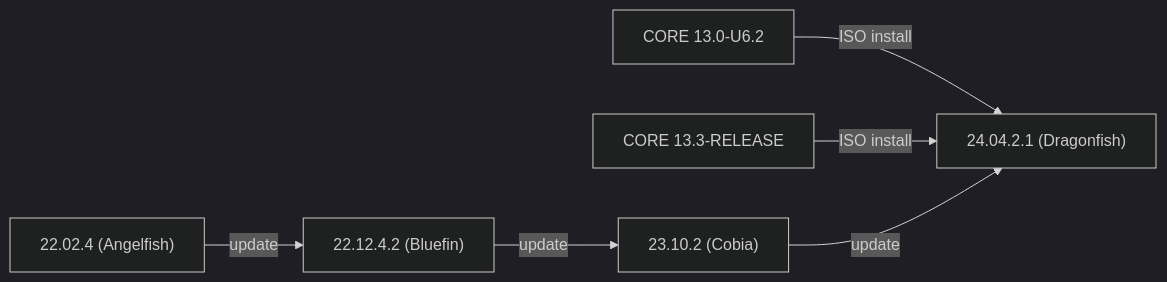
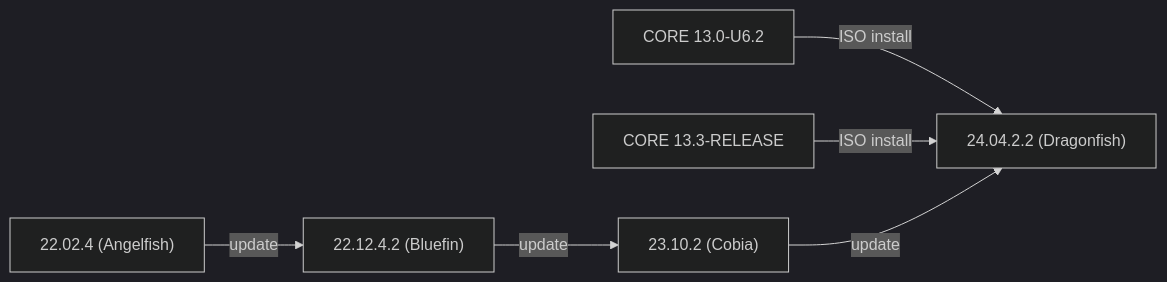
Before and after one commit to truenas/documentation: the first of 2 diagrams in static/includes/SCALEUpgradePaths.md, drawn with Mermaid (dark theme). The commit also changed other lines of this file and 3 other files, not shown here.

```diff
--- a/static/includes/SCALEUpgradePaths.md
+++ b/static/includes/SCALEUpgradePaths.md
@@ -12,9 +12,9 @@
       {{< mermaid class="mermaid_sizing" >}}
       flowchart LR
         A["22.02.4 (Angelfish)"] -->|update| C
         B["CORE 13.0-U6.2"] -->|ISO install| E
 		F["CORE 13.3-RELEASE"] --> |ISO install| E
         C["22.12.4.2 (Bluefin)"] -->|update| D
         D["23.10.2 (Cobia)"] -->|update| E
-        E["24.04.2.1 (Dragonfish)"]
+        E["24.04.2.2 (Dragonfish)"]
       {{< /mermaid >}}
```
